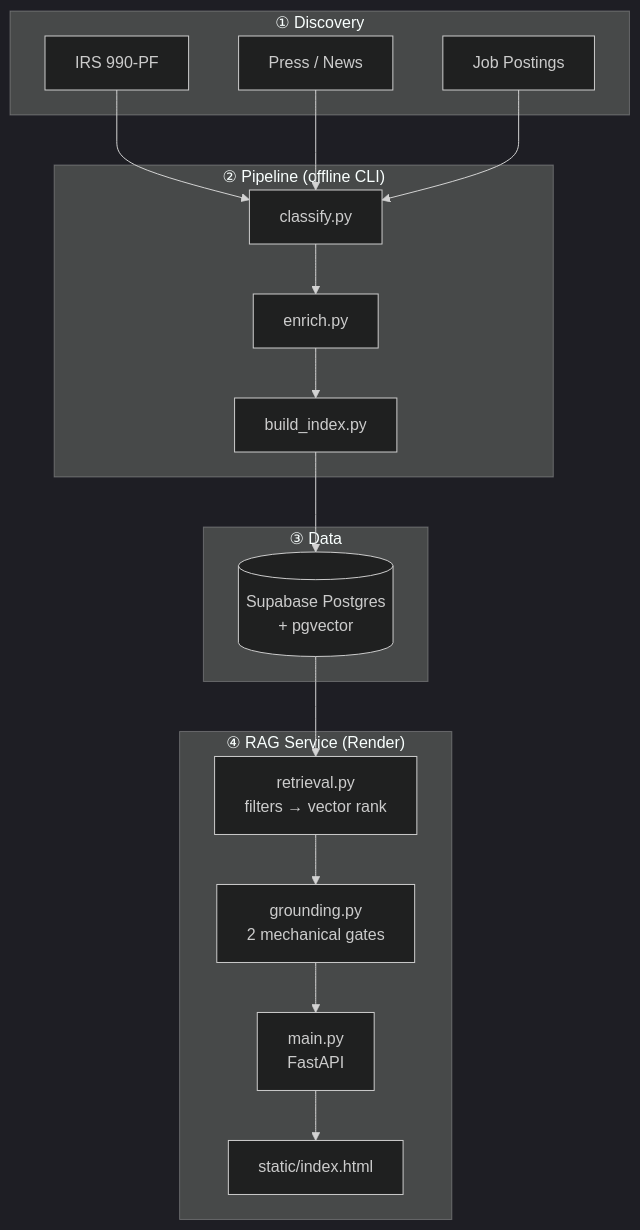
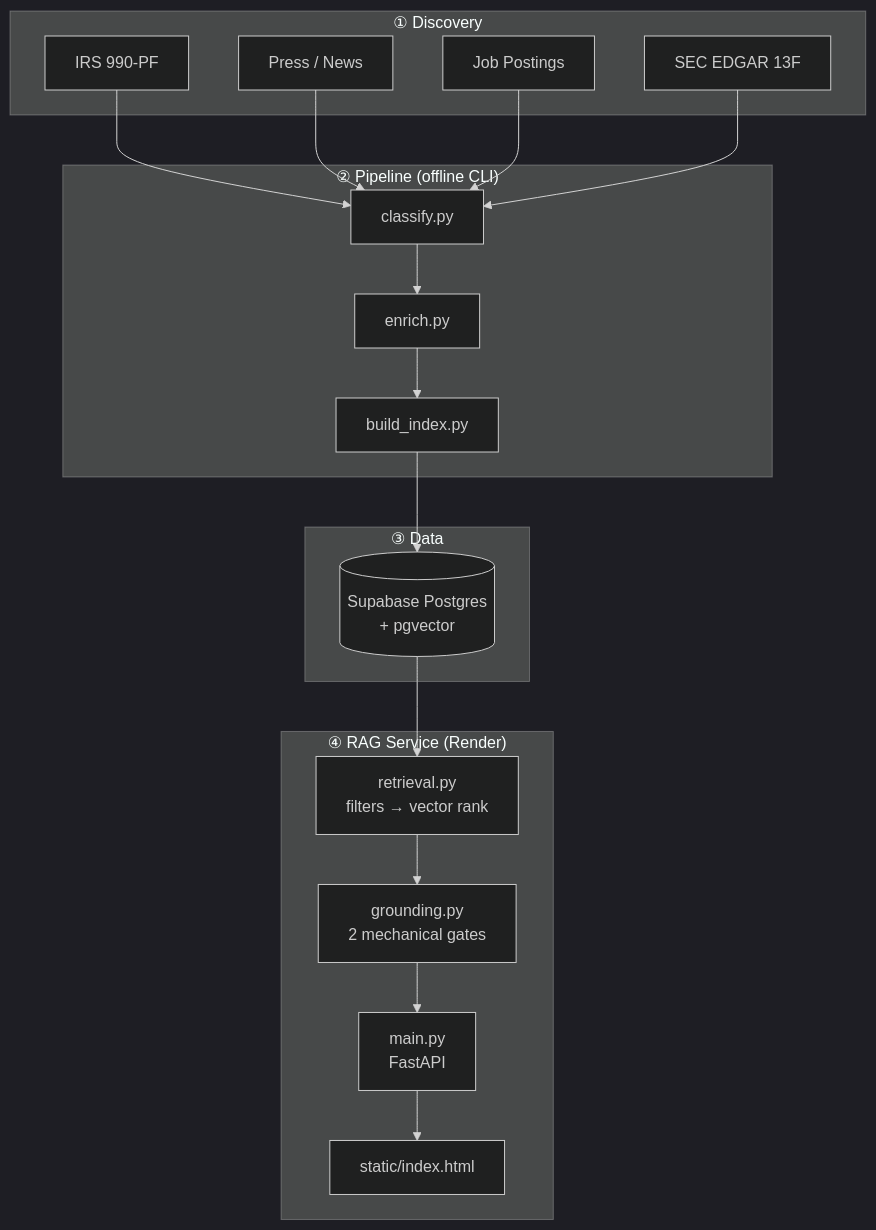
Before and after one commit to thisisahmad/polarity-family-office-rag: the diagram in Readme.md, drawn with Mermaid (dark theme). The commit also changed other lines of this file, not shown here.

````diff
--- a/Readme.md
+++ b/Readme.md
@@ -45,29 +45,30 @@
 ```mermaid
 flowchart TB
     subgraph discovery["① Discovery"]
         A990[IRS 990-PF]
         PRESS[Press / News]
         JOBS[Job Postings]
+        EDGAR[SEC EDGAR 13F]
     end
 
     subgraph pipeline["② Pipeline (offline CLI)"]
         CLS[classify.py]
         ENR[enrich.py]
         IDX[build_index.py]
     end
 
     subgraph data["③ Data"]
         PG[(Supabase Postgres<br/>+ pgvector)]
     end
 
     subgraph rag["④ RAG Service (Render)"]
         RET[retrieval.py<br/>filters → vector rank]
         GRD[grounding.py<br/>2 mechanical gates]
         API[main.py<br/>FastAPI]
         UI[static/index.html]
     end
 
-    A990 & PRESS & JOBS --> CLS
+    A990 & PRESS & JOBS & EDGAR --> CLS
     CLS --> ENR --> IDX --> PG
     PG --> RET --> GRD --> API --> UI
 ```
````
